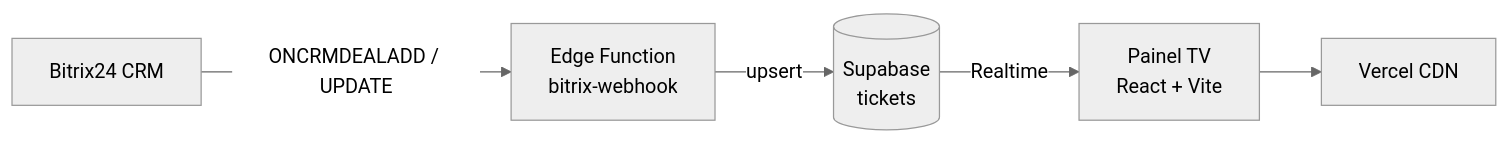
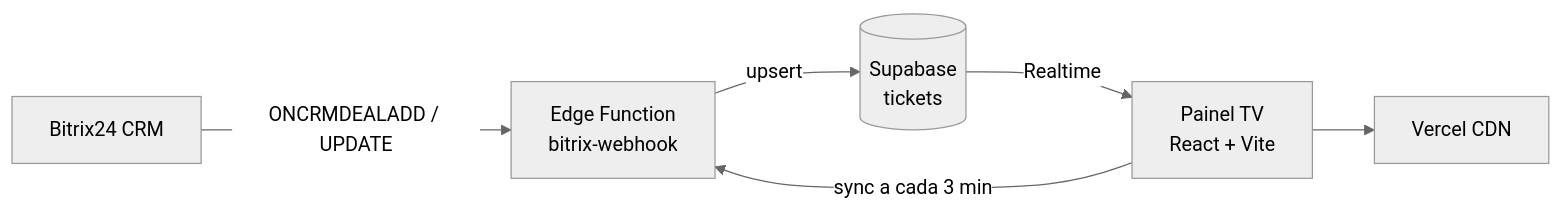
One commit to RafaelADSdev/Dashboard-de-Suportes-Presenciais- changed the diagram in README.md. Above: the diagram before and after it, drawn with Mermaid (neutral theme). The commit also changed other lines of this file and 1 other file, not shown here.

Commit message:
Atualizar README com aba S/N, sync Bitrix e deploy na Vercel.

````diff
--- a/README.md
+++ b/README.md
@@ -16,7 +18,8 @@
 ```mermaid
 flowchart LR
   B[Bitrix24 CRM] -->|ONCRMDEALADD / UPDATE| W[Edge Function<br/>bitrix-webhook]
   W -->|upsert| DB[(Supabase<br/>tickets)]
   DB -->|Realtime| P[Painel TV<br/>React + Vite]
+  P -->|sync a cada 3 min| W
   P --> V[Vercel CDN]
 ```
````
